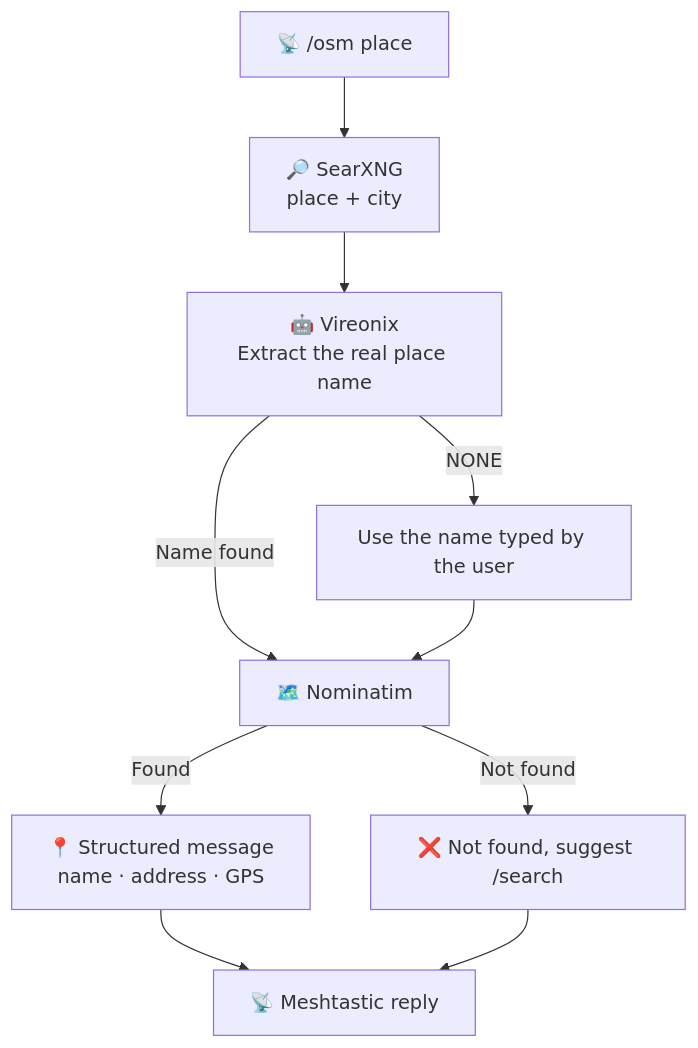
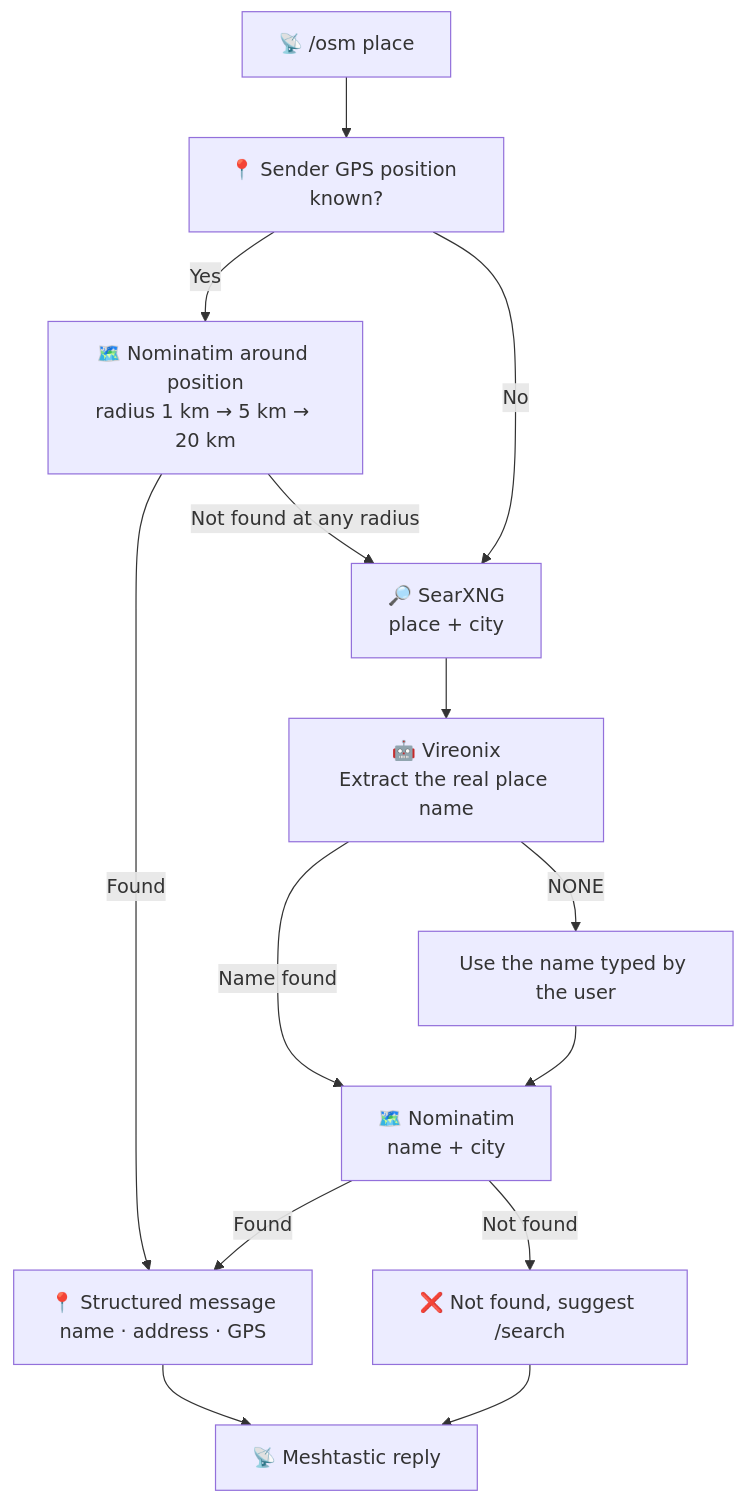
One commit to YR72dpi/meshtastic_search_bot changed the third of 3 diagrams in README.md. Above: the diagram before and after it, drawn with Mermaid. The commit also changed other lines of this file, not shown here.

Commit message:
📝 docs: update README for improved OSM search description

````diff
--- a/README.md
+++ b/README.md
@@ -106,12 +107,16 @@
 ```mermaid
 flowchart TD
-    A["📡 /osm place"] --> B["🔎 SearXNG<br/>place + city"]
+    A["📡 /osm place"] --> P["📍 Sender GPS position known?"]
+    P -->|"Yes"| N1["🗺️ Nominatim around position<br/>radius 1 km → 5 km → 20 km"]
+    N1 -->|"Found"| F["📍 Structured message<br/>name · address · GPS"]
+    N1 -->|"Not found at any radius"| B
+    P -->|"No"| B["🔎 SearXNG<br/>place + city"]
     B --> C["🤖 Vireonix<br/>Extract the real place name"]
-    C -->|"Name found"| D["🗺️ Nominatim"]
+    C -->|"Name found"| D["🗺️ Nominatim<br/>name + city"]
     C -->|"NONE"| E["Use the name typed by the user"]
     E --> D
-    D -->|"Found"| F["📍 Structured message<br/>name · address · GPS"]
+    D -->|"Found"| F
     D -->|"Not found"| G["❌ Not found, suggest /search"]
     F --> H["📡 Meshtastic reply"]
     G --> H
 ```
````
